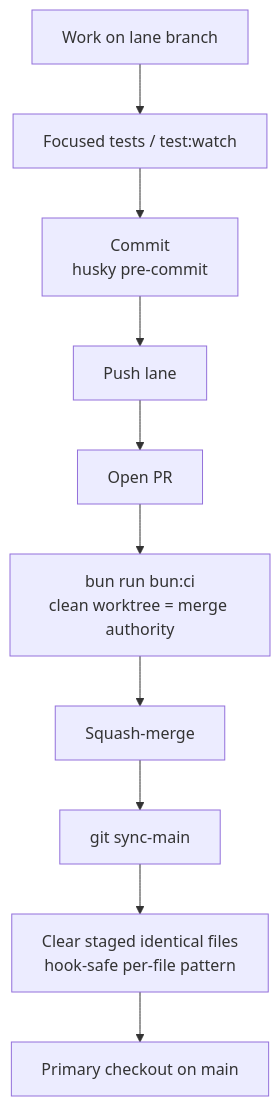
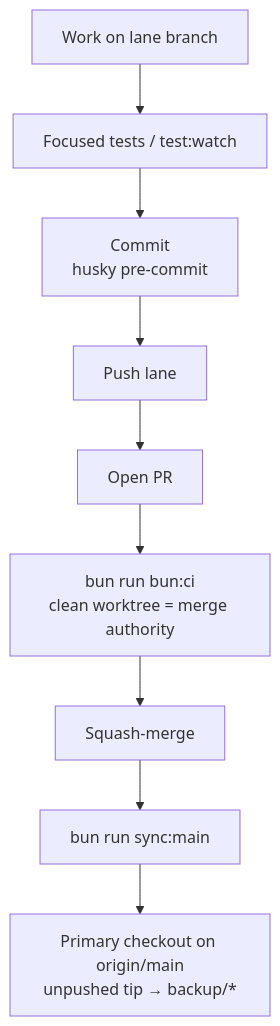
The third of 6 diagrams in docs/harness/tenants/maintain-workspace.md (brendadeeznuts1111/project-R-score), drawn with Mermaid before and after one commit. The commit also changed other lines of this file and 7 other files, not shown here.

First line of the commit message:
feat(harness): safe sync:main clears soft-reset residue (#787)

````diff
--- a/docs/harness/tenants/maintain-workspace.md
+++ b/docs/harness/tenants/maintain-workspace.md
@@ -101,12 +100,11 @@
 ```mermaid
 flowchart TB
   W["Work on lane branch"] --> T["Focused tests / test:watch"]
   T --> C["Commit<br/>husky pre-commit"]
   C --> Push["Push lane"]
   Push --> PR["Open PR"]
   PR --> CI["bun run bun:ci<br/>clean worktree = merge authority"]
   CI --> Merge["Squash-merge"]
-  Merge --> Sync["git sync-main"]
-  Sync --> Clear["Clear staged identical files<br/>hook-safe per-file pattern"]
-  Clear --> Main["Primary checkout on main"]
+  Merge --> Sync["bun run sync:main"]
+  Sync --> Main["Primary checkout on origin/main<br/>unpushed tip → backup/*"]
 ```
````
